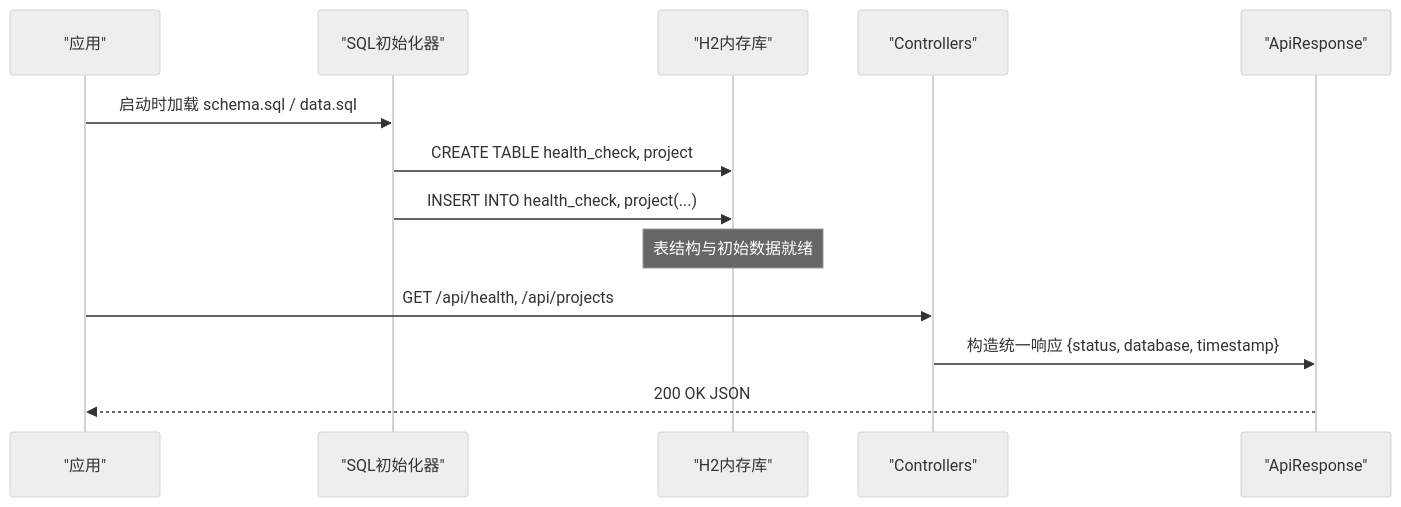
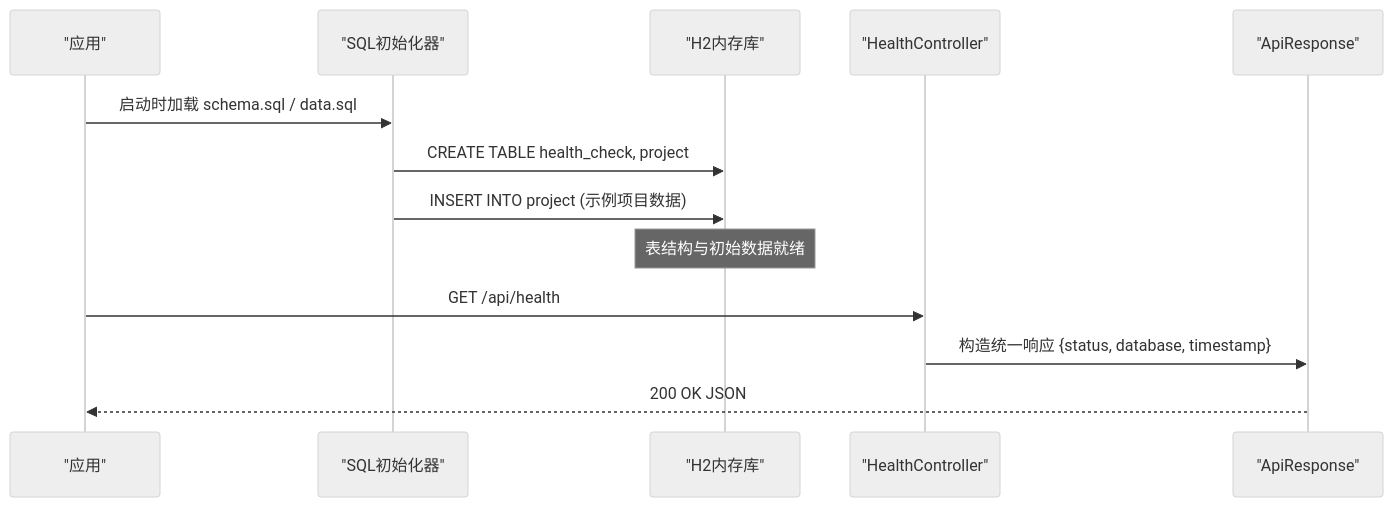
Before and after one commit to zhou9832/test1-qoder: the second of 4 diagrams in .qoder/repowiki/zh/content/数据库设计.md, drawn with Mermaid (neutral theme). The commit also changed other lines of this file and 59 other files, not shown here.

````diff
--- a/.qoder/repowiki/zh/content/数据库设计.md
+++ b/.qoder/repowiki/zh/content/数据库设计.md
@@ -89,15 +78,15 @@
 ```mermaid
 sequenceDiagram
 participant App as "应用"
 participant Init as "SQL初始化器"
 participant DB as "H2内存库"
-participant API as "Controllers"
+participant API as "HealthController"
 participant Resp as "ApiResponse"
 App->>Init : 启动时加载 schema.sql / data.sql
 Init->>DB : CREATE TABLE health_check, project
-Init->>DB : INSERT INTO health_check, project(...)
+Init->>DB : INSERT INTO project (示例项目数据)
 Note over DB : 表结构与初始数据就绪
-App->>API : GET /api/health, /api/projects
+App->>API : GET /api/health
 API->>Resp : 构造统一响应 {status, database, timestamp}
 Resp-->>App : 200 OK JSON
 ```
````
